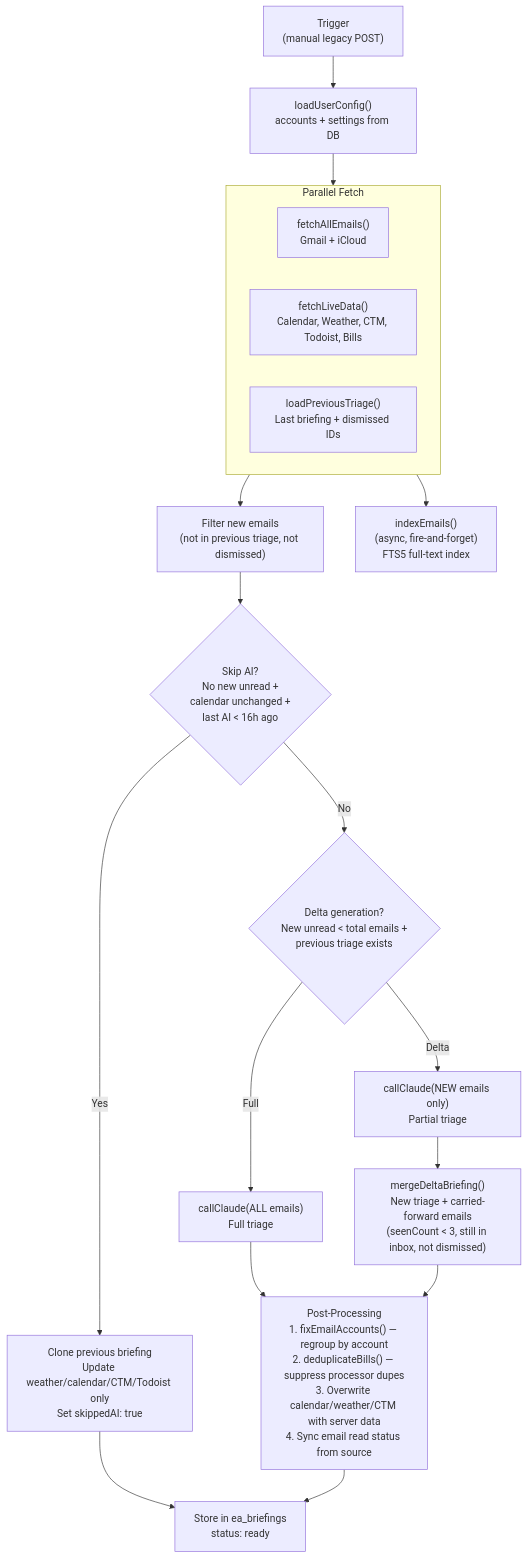
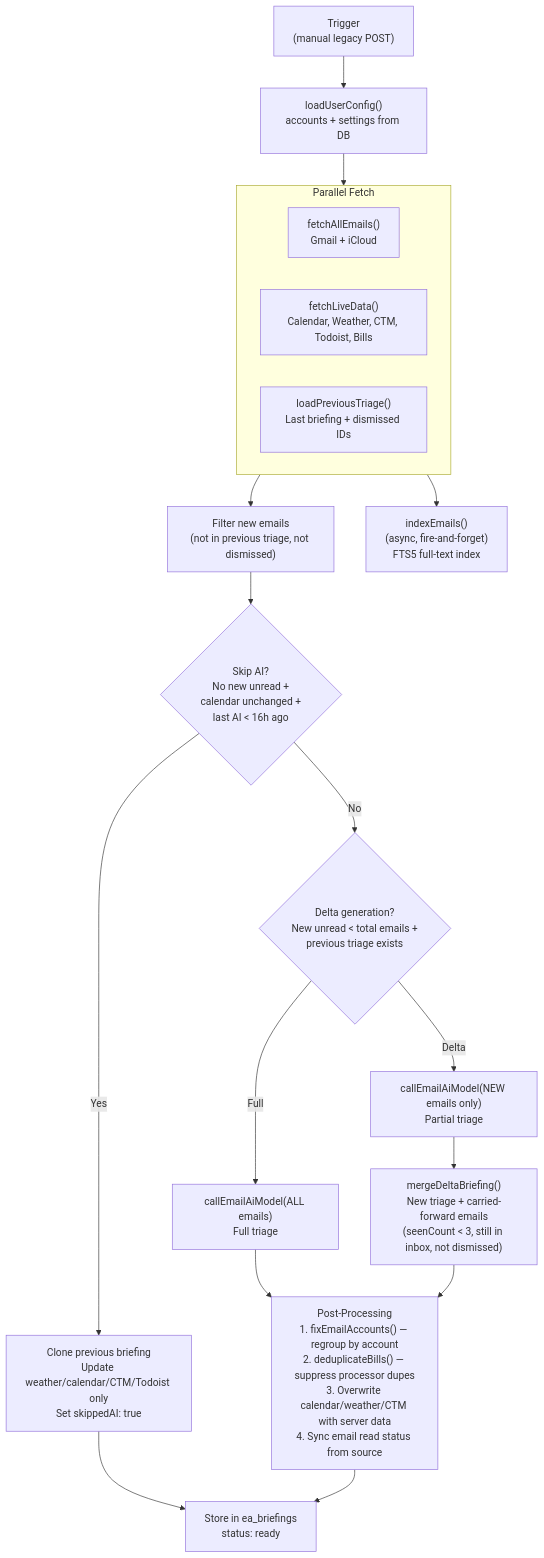
The sixth of 7 diagrams in ARCHITECTURE.md (ansidian/Setpoint), drawn with Mermaid before and after one commit. The commit also changed other lines of this file and 29 other files, not shown here.

Commit message:
feat: add provider-aware email AI model selection

````diff
--- a/ARCHITECTURE.md
+++ b/ARCHITECTURE.md
@@ -341,39 +342,39 @@
 ```mermaid
 flowchart TD
     Trigger["Trigger<br/>(manual legacy POST)"]
     Config["loadUserConfig()<br/>accounts + settings from DB"]
     
     subgraph Parallel["Parallel Fetch"]
         Emails["fetchAllEmails()<br/>Gmail + iCloud"]
         Live["fetchLiveData()<br/>Calendar, Weather, CTM, Todoist, Bills"]
         Prev["loadPreviousTriage()<br/>Last briefing + dismissed IDs"]
     end
 
     Filter["Filter new emails<br/>(not in previous triage, not dismissed)"]
     
     Skip{"Skip AI?<br/>No new unread +<br/>calendar unchanged +<br/>last AI < 16h ago"}
     
     Clone["Clone previous briefing<br/>Update weather/calendar/CTM/Todoist only<br/>Set skippedAI: true"]
     
     Delta{"Delta generation?<br/>New unread < total emails +<br/>previous triage exists"}
 
-    ClaudeFull["callClaude(ALL emails)<br/>Full triage"]
-    ClaudeDelta["callClaude(NEW emails only)<br/>Partial triage"]
+    EmailAiFull["callEmailAiModel(ALL emails)<br/>Full triage"]
+    EmailAiDelta["callEmailAiModel(NEW emails only)<br/>Partial triage"]
     
     Merge["mergeDeltaBriefing()<br/>New triage + carried-forward emails<br/>(seenCount < 3, still in inbox, not dismissed)"]
 
     PostProcess["Post-Processing<br/>1. fixEmailAccounts() — regroup by account<br/>2. deduplicateBills() — suppress processor dupes<br/>3. Overwrite calendar/weather/CTM with server data<br/>4. Sync email read status from source"]
 
     Index["indexEmails()<br/>(async, fire-and-forget)<br/>FTS5 full-text index"]
 
     Store["Store in ea_briefings<br/>status: ready"]
     Trigger --> Config --> Parallel
     Parallel --> Index
     Parallel --> Filter
     Filter --> Skip
     Skip -->|Yes| Clone --> Store
     Skip -->|No| Delta
-    Delta -->|Full| ClaudeFull --> PostProcess
-    Delta -->|Delta| ClaudeDelta --> Merge --> PostProcess
+    Delta -->|Full| EmailAiFull --> PostProcess
+    Delta -->|Delta| EmailAiDelta --> Merge --> PostProcess
     PostProcess --> Store
 ```
````
